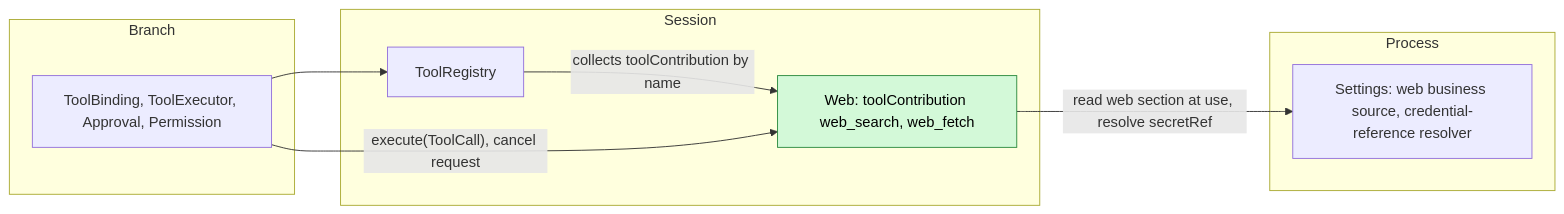
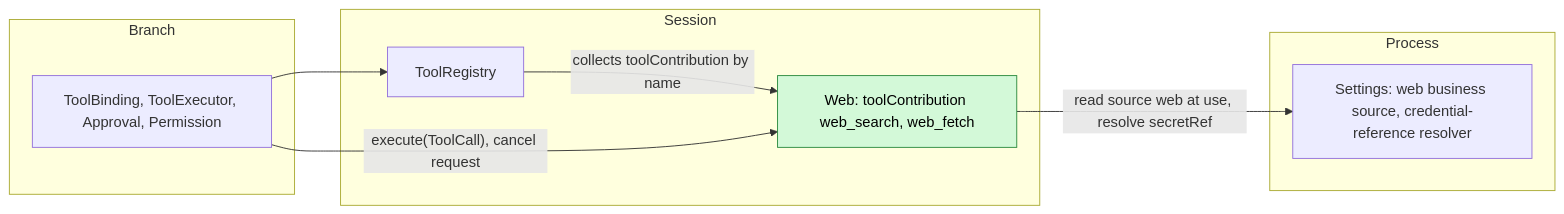
One commit to CoutinhoTTS/dim-agent changed the first of 5 diagrams in docs/design/plugins/Web.md. Above: the diagram before and after it, drawn with Mermaid. The commit also changed other lines of this file and 27 other files, not shown here.

````diff
--- a/docs/design/plugins/Web.md
+++ b/docs/design/plugins/Web.md
@@ -9,18 +9,18 @@
 ```mermaid
 flowchart LR
   subgraph PROC["Process"]
     Settings["Settings: web business source, credential-reference resolver"]
   end
   subgraph SESS["Session"]
     Web["Web: toolContribution web_search, web_fetch"]:::new
     ToolRegistry["ToolRegistry"]
   end
   subgraph BR["Branch"]
     Exec["ToolBinding, ToolExecutor, Approval, Permission"]
   end
-  Web -->|"read web section at use, resolve secretRef"| Settings
+  Web -->|"read source web at use, resolve secretRef"| Settings
   ToolRegistry -->|"collects toolContribution by name"| Web
   Exec --> ToolRegistry
   Exec -->|"execute(ToolCall), cancel request"| Web
   classDef new fill:#d3f9d8,stroke:#2b8a3e,color:#000
 ```
````
